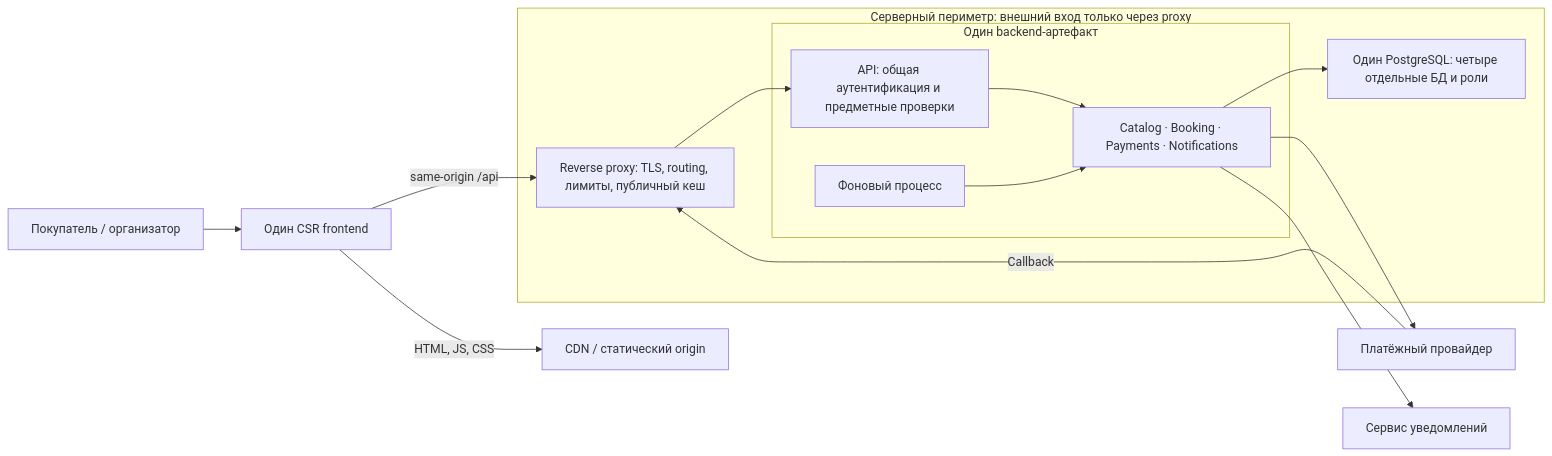
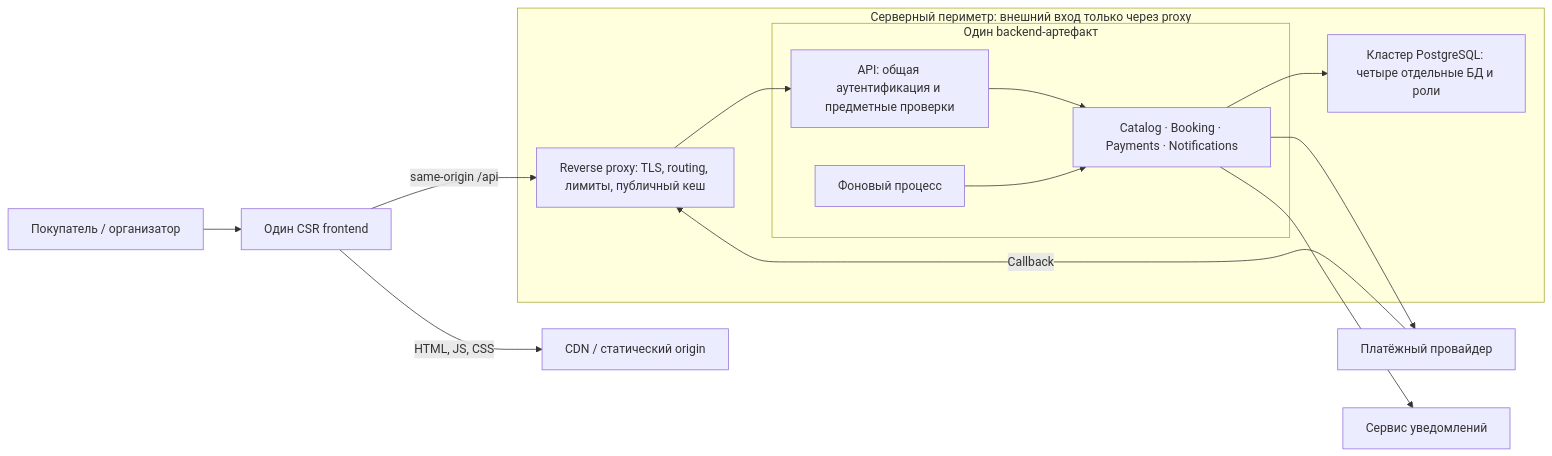
The diagram in docs/frontend-architecture.md (TIR44/event-ticket-booking), drawn with Mermaid before and after one commit. The commit also changed 13 other files, not shown here.

````diff
--- a/docs/frontend-architecture.md
+++ b/docs/frontend-architecture.md
@@ -11,20 +11,20 @@
 ```mermaid
 flowchart LR
     buyer["Покупатель / организатор"] --> web["Один CSR frontend"]
     web -->|"HTML, JS, CSS"| cdn["CDN / статический origin"]
     web -->|"same-origin /api"| proxy
     subgraph perimeter["Серверный периметр: внешний вход только через proxy"]
         proxy["Reverse proxy: TLS, routing, лимиты, публичный кеш"] --> api
         subgraph backend["Один backend-артефакт"]
             api["API: общая аутентификация и предметные проверки"]
             worker["Фоновый процесс"]
             modules["Catalog · Booking · Payments · Notifications"]
             api --> modules
             worker --> modules
         end
-        modules --> data["Один PostgreSQL: четыре отдельные БД и роли"]
+        modules --> data["Кластер PostgreSQL: четыре отдельные БД и роли"]
     end
     modules --> payment["Платёжный провайдер"]
     modules --> notifications["Сервис уведомлений"]
     payment -->|"Callback"| proxy
 ```
````
